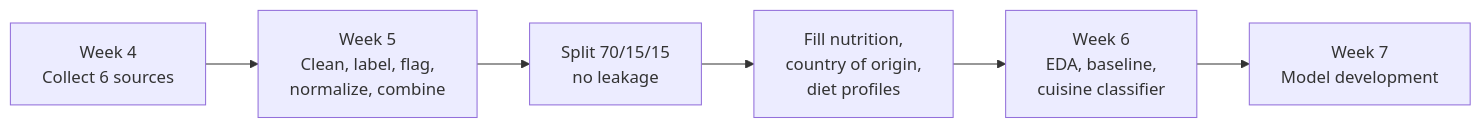
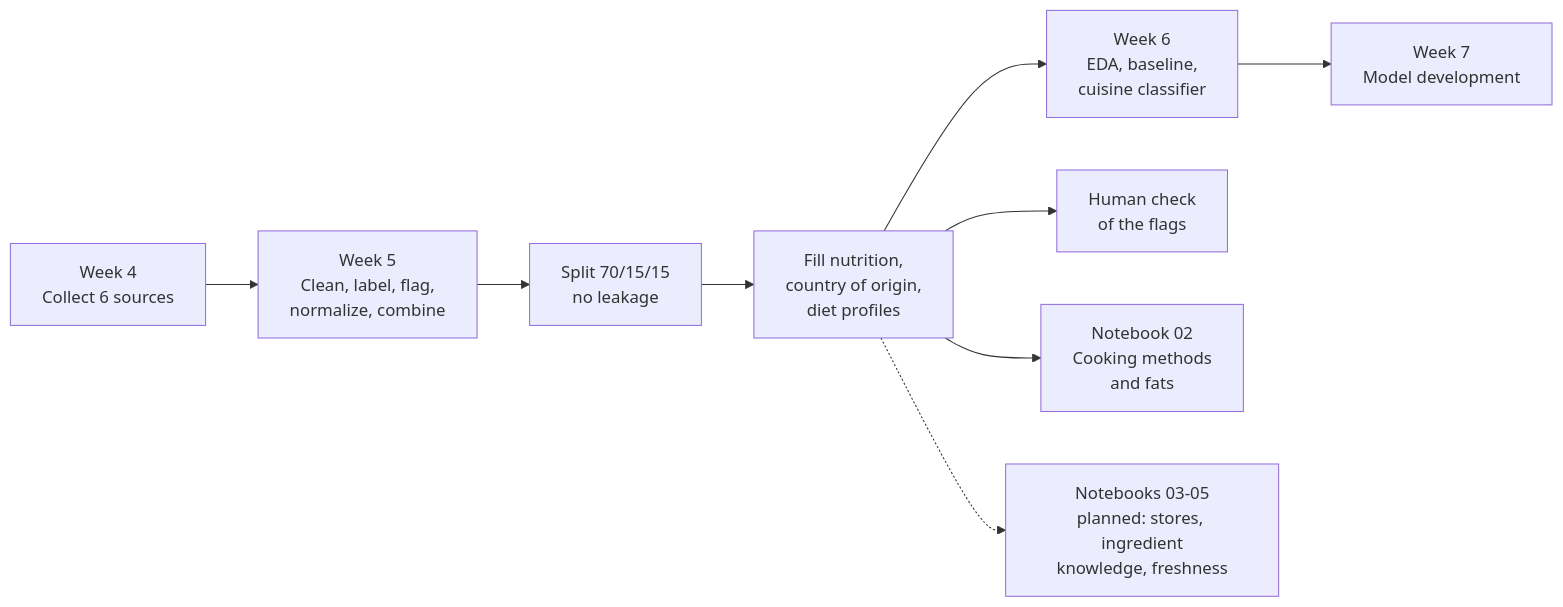
Before and after one commit to Chloe-Tu2/The-EverFlavor-AI: the second of 2 diagrams in README.md, drawn with Mermaid. The commit also changed other lines of this file, not shown here.

First line of the commit message:
Update the README for notebook 02, human verification and the planned notebooks

````diff
--- a/README.md
+++ b/README.md
@@ -147,8 +156,11 @@
 ```mermaid
 flowchart LR
     A[Week 4<br/>Collect 6 sources] --> B[Week 5<br/>Clean, label, flag,<br/>normalize, combine]
     B --> C[Split 70/15/15<br/>no leakage]
     C --> G[Fill nutrition,<br/>country of origin,<br/>diet profiles]
     G --> D[Week 6<br/>EDA, baseline,<br/>cuisine classifier]
     D --> E[Week 7<br/>Model development]
+    G --> H[Human check<br/>of the flags]
+    G --> F[Notebook 02<br/>Cooking methods<br/>and fats]
+    G -.-> P[Notebooks 03-05<br/>planned: stores, ingredient<br/>knowledge, freshness]
 ```
````
